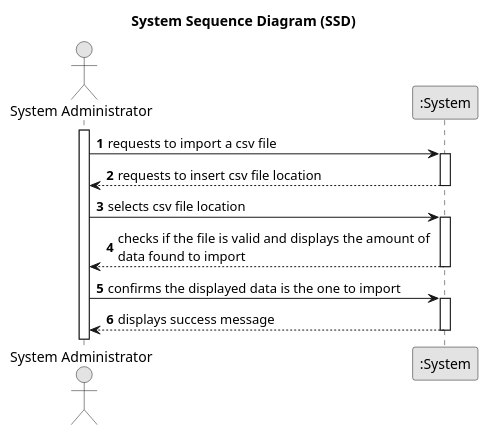
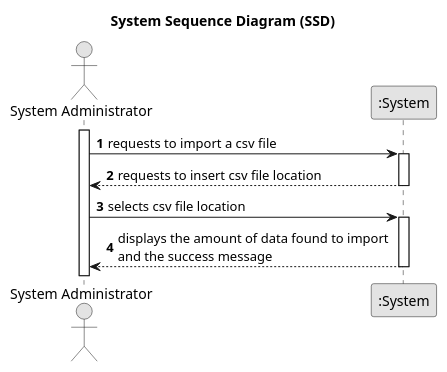
Before and after one commit to Goncalves2525/real-estate-management-system: the diagram in docs/sprintD/us012/01.requirements-engineering/puml/us012-system-sequence-diagram.puml, drawn with PlantUML. The commit also changed 12 other files, not shown here.

```diff
--- a/docs/sprintD/us012/01.requirements-engineering/puml/us012-system-sequence-diagram.puml
+++ b/docs/sprintD/us012/01.requirements-engineering/puml/us012-system-sequence-diagram.puml
@@ -1,46 +1,46 @@
 @startuml
 skinparam monochrome true
 skinparam packageStyle rectangle
 skinparam shadowing false
 
 title System Sequence Diagram (SSD)
 
 autonumber
 
 actor "System Administrator" as Admin
 participant ":System" as System
 
 activate Admin
 
     Admin -> System : requests to import a csv file
     activate System
 
 '    System --> Admin : lists types of data to import (Agents, Agencies, Orders)\n and asks to select one
 '    deactivate System
 '
 '    Admin -> System : selects a type of data to import
 '    activate System
 
     System --> Admin : requests to insert csv file location
     deactivate System
 
     Admin -> System: selects csv file location
     activate System
 
-    System --> Admin: checks if the file is valid and displays the amount of \ndata found to import
+    System --> Admin: displays the amount of data found to import \nand the success message
     deactivate System
 
 '    Admin -> System: selects the delimiter
 '    activate System
 
 '    System --> Admin: displays the data that it found in the csv file
 '    deactivate System
 
-    Admin -> System : confirms the displayed data is the one to import
-    activate System
-
-    System --> Admin : displays success message
-    deactivate System
+'    Admin -> System : confirms the displayed data is the one to import
+'    activate System
+'
+'    System --> Admin : displays success message
+'    deactivate System
 
 
 @enduml
```
